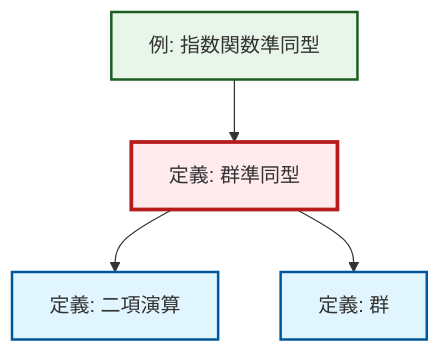
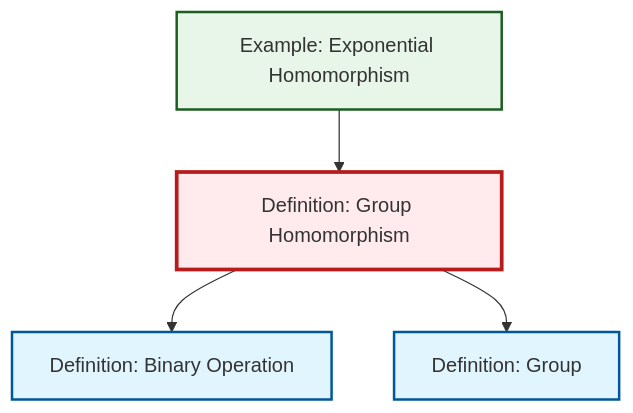
The diagram in content/ja/algebra/def-homomorphism.qmd (RK0429/ModernMath), drawn with Mermaid before and after one commit. The commit also changed 203 other files, not shown here.

````diff
--- a/content/ja/algebra/def-homomorphism.qmd
+++ b/content/ja/algebra/def-homomorphism.qmd
@@ -48,21 +48,17 @@
 ```{mermaid}
-%%| fig-cap: "局所依存関係グラフ"
+%%| fig-cap: "Local dependency graph"
 graph TD
     classDef definition fill:#e1f5fe,stroke:#01579b,stroke-width:2px
     classDef theorem fill:#f3e5f5,stroke:#4a148c,stroke-width:2px
     classDef axiom fill:#fff3e0,stroke:#e65100,stroke-width:2px
     classDef example fill:#e8f5e9,stroke:#1b5e20,stroke-width:2px
     classDef current fill:#ffebee,stroke:#b71c1c,stroke-width:3px
-    ex-exponential-homomorphism["例: 指数関数準同型"]:::example
-    def-group["定義: 群"]:::definition
-    def-binary-operation["定義: 二項演算"]:::definition
-    def-homomorphism["定義: 群準同型"]:::definition
+    def-group["Definition: Group"]:::definition
+    def-homomorphism["Definition: Group Homomorphism"]:::definition
+    ex-exponential-homomorphism["Example: Exponential Homomorphism"]:::example
+    def-binary-operation["Definition: Binary Operation"]:::definition
     ex-exponential-homomorphism --> def-homomorphism
     def-homomorphism --> def-binary-operation
     def-homomorphism --> def-group
     class def-homomorphism current
-
-    click ex-exponential-homomorphism "ex-exponential-homomorphism.html" "指数関数準同型の例へ"
-    click def-group "def-group.html" "群の定義へ"
-    click def-binary-operation "def-binary-operation.html" "二項演算の定義へ"
 ```
````
